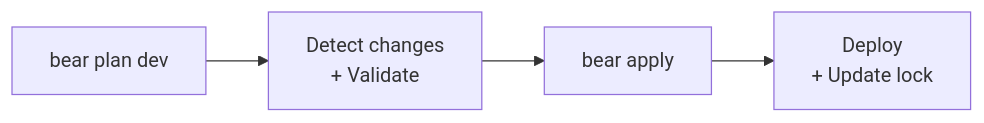
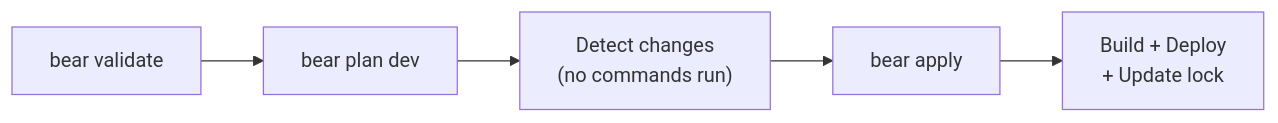
Before and after one commit to IRevolve/bear: the diagram in docs/index.md, drawn with Mermaid. The commit also changed other lines of this file and 72 other files, not shown here.

First line of the commit message:
feat!: per-project environments, validate command, and build-then-deploy apply

````diff
--- a/docs/index.md
+++ b/docs/index.md
@@ -13,6 +22,7 @@
 ```mermaid
 flowchart LR
-    A["bear plan dev"] --> B["Detect changes\n+ Validate"]
+    V["bear validate"] --> A["bear plan dev"]
+    A --> B["Detect changes\n(no commands run)"]
     B --> C["bear apply"]
-    C --> D["Deploy\n+ Update lock"]
+    C --> D["Build + Deploy\n+ Update lock"]
 ```
````
